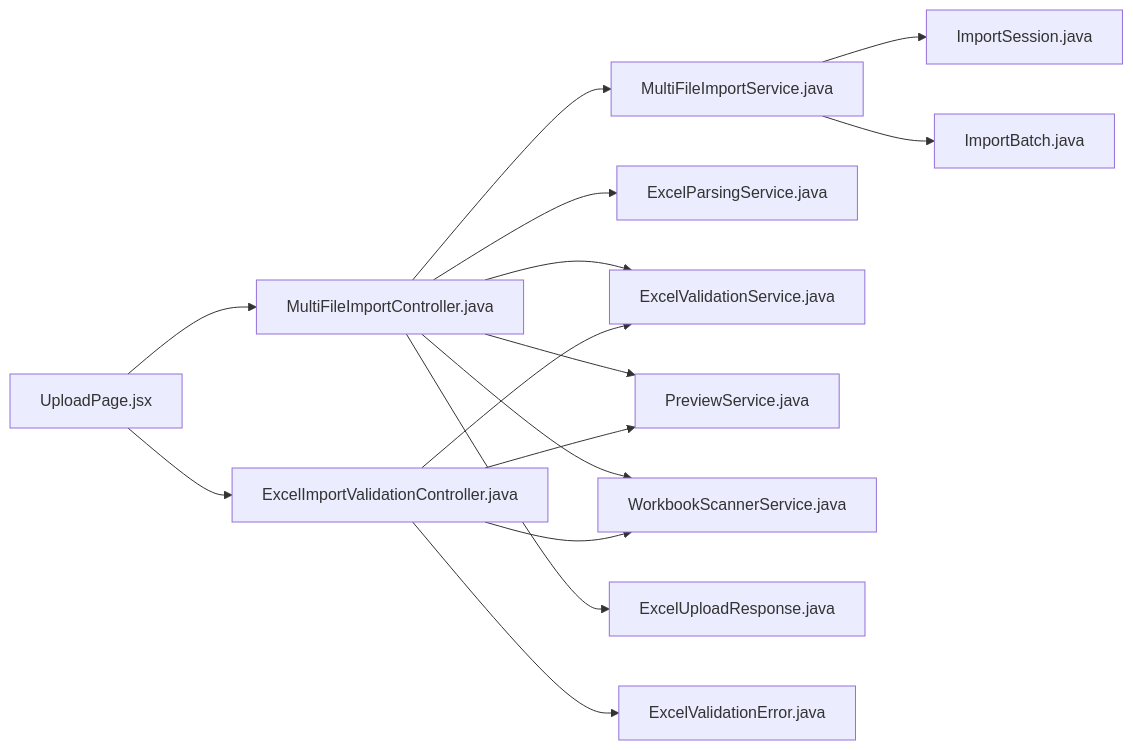
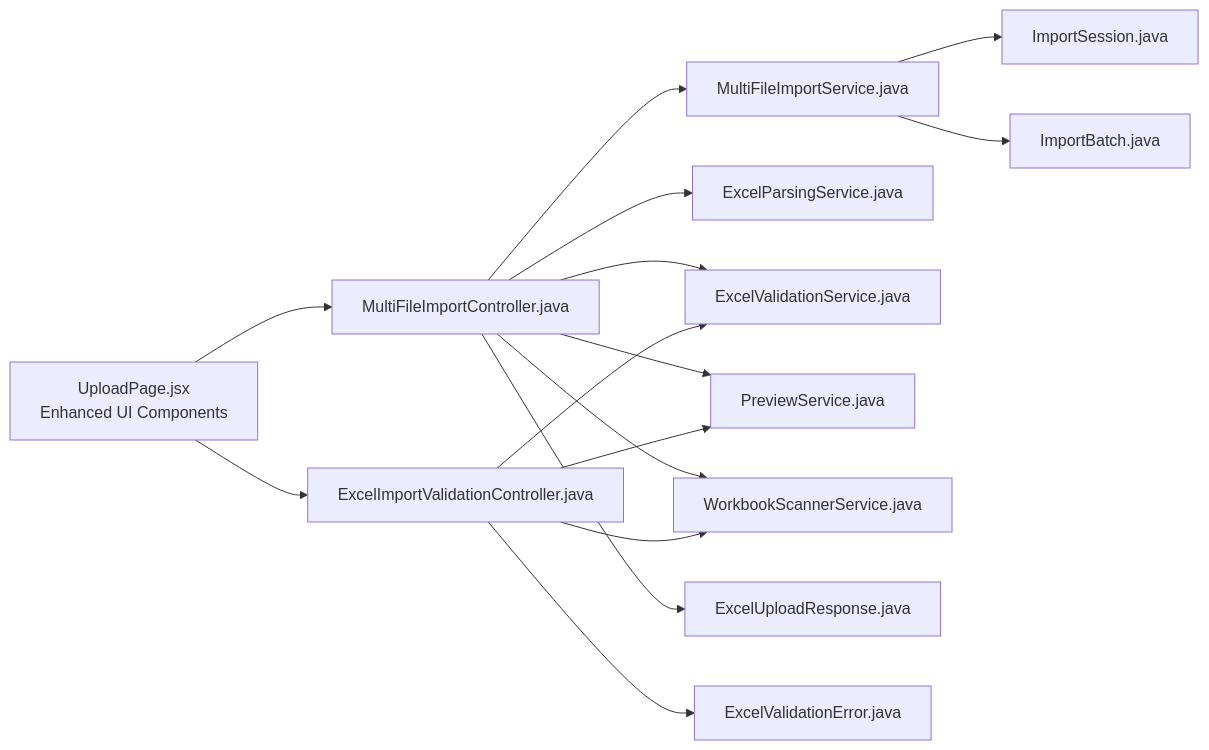
One commit to janoshan07/ceb_demo_dashboard changed the fourth of 4 diagrams in .qoder/repowiki/en/content/Frontend Documentation/Pages and Views/Upload Page.md. Above: the diagram before and after it, drawn with Mermaid. The commit also changed other lines of this file and 27 other files, not shown here.

First line of the commit message:
feat(import): enhance multi-file upload with batch processing and concurrency

````diff
--- a/.qoder/repowiki/en/content/Frontend Documentation/Pages and Views/Upload Page.md
+++ b/.qoder/repowiki/en/content/Frontend Documentation/Pages and Views/Upload Page.md
@@ -334,17 +428,17 @@
 ```mermaid
 graph LR
-UP["UploadPage.jsx"] --> MFIC["MultiFileImportController.java"]
+UP["UploadPage.jsx<br/>Enhanced UI Components"] --> MFIC["MultiFileImportController.java"]
 UP --> EIVC["ExcelImportValidationController.java"]
 MFIC --> MFIS["MultiFileImportService.java"]
 MFIC --> EPS["ExcelParsingService.java"]
 MFIC --> EVS["ExcelValidationService.java"]
 MFIC --> PRV["PreviewService.java"]
 MFIC --> WBS["WorkbookScannerService.java"]
 EIVC --> EVS
 EIVC --> PRV
 EIVC --> WBS
 MFIS --> IS["ImportSession.java"]
 MFIS --> IB["ImportBatch.java"]
 MFIC --> EUR["ExcelUploadResponse.java"]
 EIVC --> EVE["ExcelValidationError.java"]
 ```
````
